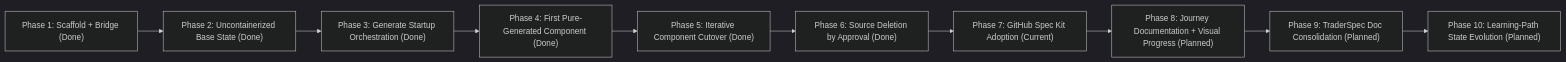
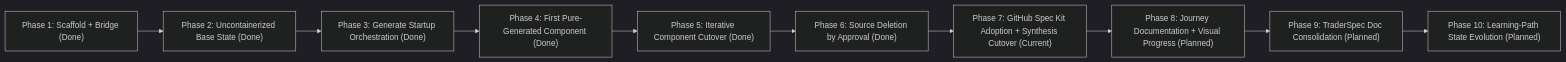
One commit to finos/traderX changed the diagram in TraderSpec/migration-todo.md. Above: the diagram before and after it, drawn with Mermaid (dark theme). The commit also changed other lines of this file and 531 other files, not shown here.

````diff
--- a/TraderSpec/migration-todo.md
+++ b/TraderSpec/migration-todo.md
@@ -89,12 +104,12 @@
 ```mermaid
 flowchart LR
   P1["Phase 1: Scaffold + Bridge (Done)"] --> P2["Phase 2: Uncontainerized Base State (Done)"]
   P2 --> P3["Phase 3: Generate Startup Orchestration (Done)"]
   P3 --> P4["Phase 4: First Pure-Generated Component (Done)"]
   P4 --> P5["Phase 5: Iterative Component Cutover (Done)"]
   P5 --> P6["Phase 6: Source Deletion by Approval (Done)"]
-  P6 --> P7["Phase 7: GitHub Spec Kit Adoption (Current)"]
+  P6 --> P7["Phase 7: GitHub Spec Kit Adoption + Synthesis Cutover (Current)"]
   P7 --> P8["Phase 8: Journey Documentation + Visual Progress (Planned)"]
   P8 --> P9["Phase 9: TraderSpec Doc Consolidation (Planned)"]
   P9 --> P10["Phase 10: Learning-Path State Evolution (Planned)"]
 ```
````
